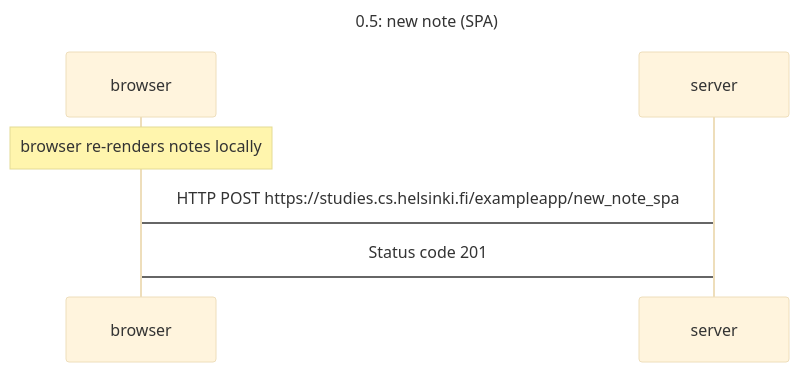
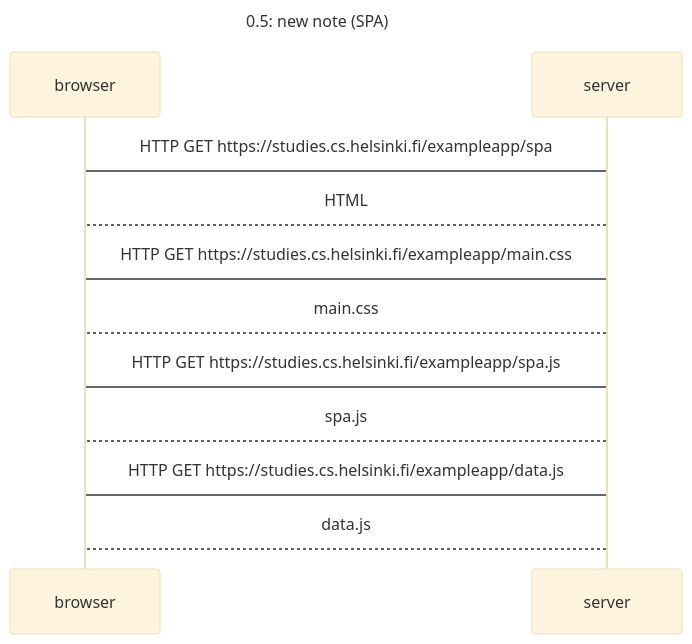
Before and after one commit to Durkin01/Fullstack-Open: the diagram in part 0/0.5.md, drawn with Mermaid (base theme).

````diff
--- a/part 0/0.5.md
+++ b/part 0/0.5.md
@@ -3,9 +3,14 @@
 ```mermaid
 sequenceDiagram
     Title: 0.5: new note (SPA)
         
-        note over browser: browser re-renders notes locally
-        browser->server: HTTP POST https://studies.cs.helsinki.fi/exampleapp/new_note_spa
-        server->browser: Status code 201
+        browser->server: HTTP GET https://studies.cs.helsinki.fi/exampleapp/spa
+        server-->browser: HTML
+        browser->server: HTTP GET https://studies.cs.helsinki.fi/exampleapp/main.css
+        server-->browser: main.css
+        browser->server: HTTP GET https://studies.cs.helsinki.fi/exampleapp/spa.js
+        server-->browser: spa.js
+        browser->server: HTTP GET https://studies.cs.helsinki.fi/exampleapp/data.js
+        server-->browser: data.js
     
 ```
````
